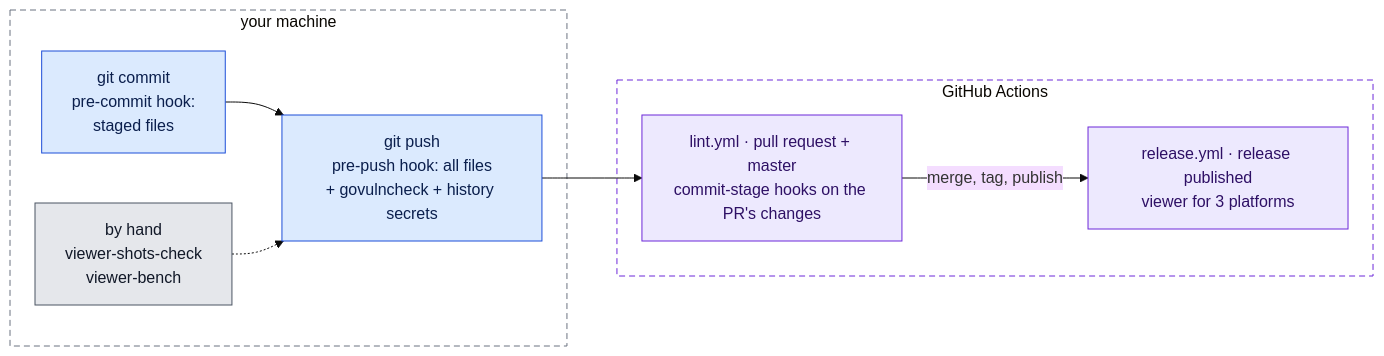
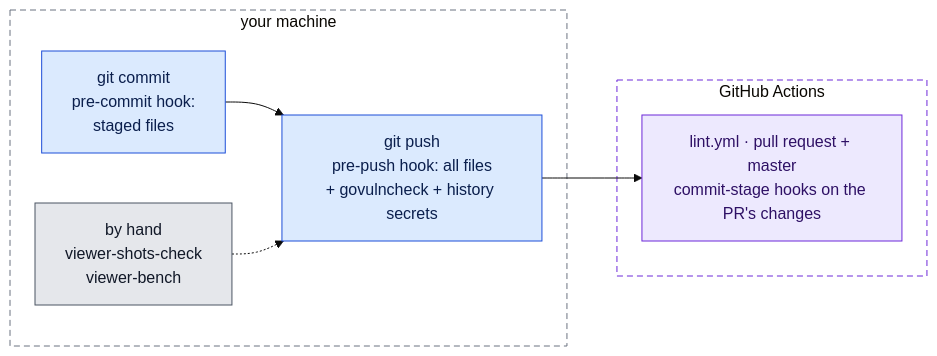
One commit to Avicted/tools.pipeline-graph changed the eighth of 10 diagrams in docs/architecture.md. Above: the diagram before and after it, drawn with Mermaid (base theme). The commit also changed other lines of this file and 3 other files, not shown here.

First line of the commit message:
ci: remove release.yml; a release is a local version tag

````diff
--- a/docs/architecture.md
+++ b/docs/architecture.md
@@ -304,24 +297,22 @@
 ```mermaid
 flowchart LR
     subgraph local["your machine"]
         commit["git commit<br/>pre-commit hook:<br/>staged files"]
         push["git push<br/>pre-push hook: all files<br/>+ govulncheck + history secrets"]
         manual["by hand<br/>viewer-shots-check<br/>viewer-bench"]
     end
     subgraph ci["GitHub Actions"]
         pr["lint.yml · pull request + master<br/>commit-stage hooks on the PR's changes"]
-        rl["release.yml · release published<br/>viewer for 3 platforms"]
     end
     commit --> push --> pr
-    pr -- "merge, tag, publish" --> rl
     manual -.-> push
 
     classDef go fill:#dbeafe,stroke:#1d4ed8,color:#0b1f4d
     classDef hosted fill:#ede9fe,stroke:#6d28d9,color:#2e1065
     classDef output fill:#e5e7eb,stroke:#4b5563,color:#111827
     class commit,push go
     class manual output
-    class pr,rl hosted
+    class pr hosted
     style local fill:none,stroke:#6b7280,stroke-dasharray:6 4
     style ci fill:none,stroke:#6d28d9,stroke-dasharray:6 4
 ```
````
